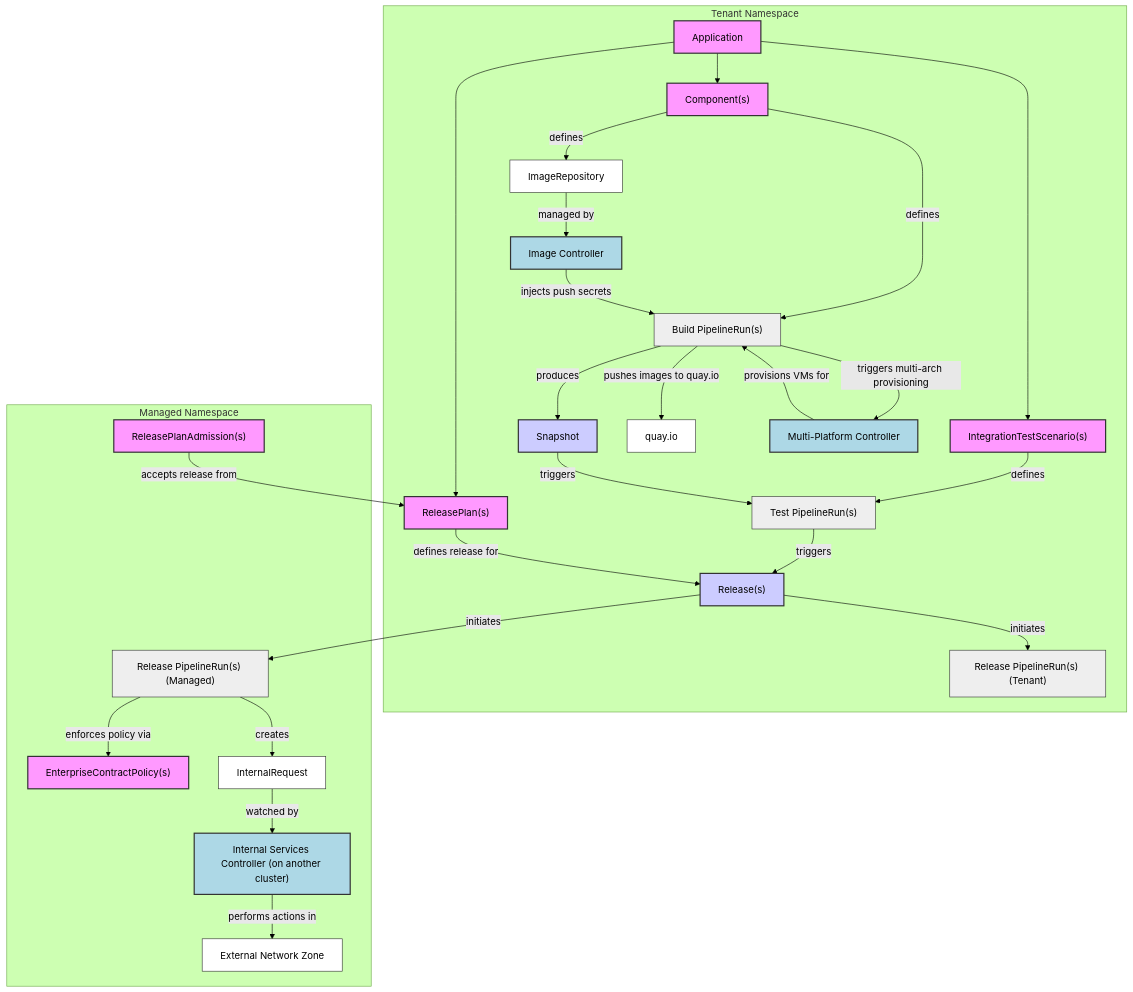
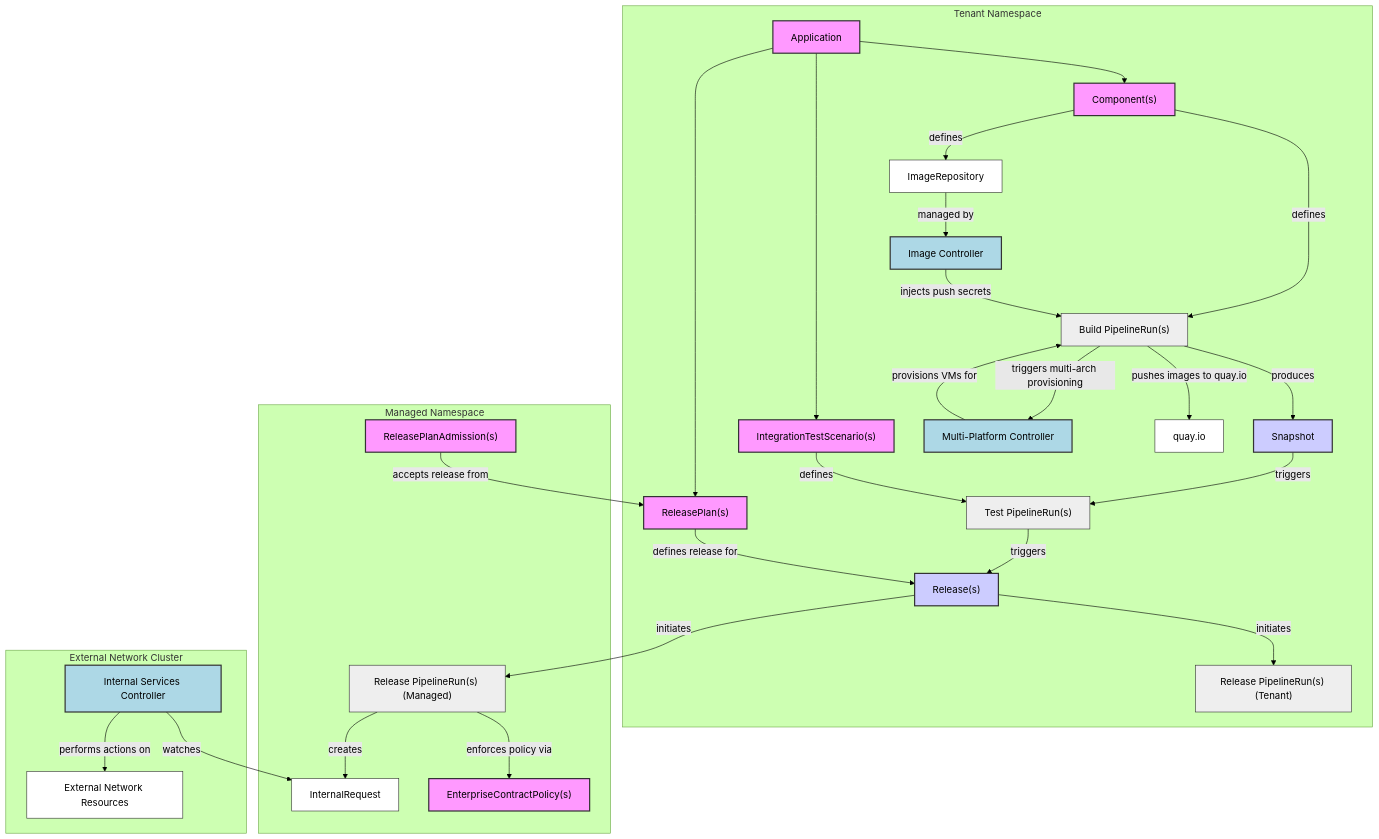
The first of 2 diagrams in architecture/add-ons/index.md (konflux-ci/architecture), drawn with Mermaid (forest theme) before and after one commit.

Commit message:
Move isc outside the managed namespace

````diff
--- a/architecture/add-ons/index.md
+++ b/architecture/add-ons/index.md
@@ -7,64 +7,68 @@
 ```mermaid
 graph TD
     subgraph tenant[Tenant Namespace]
         App[Application] --> Comp["Component(s)"]
         App --> ITS["IntegrationTestScenario(s)"]
         App --> RP["ReleasePlan(s)"]
 
         Comp -- defines --> BPR["Build PipelineRun(s)"]
         BPR -- produces --> Snap["Snapshot"]
         ITS -- defines --> TPR["Test PipelineRun(s)"]
         Snap -- triggers --> TPR
         TPR -- triggers --> Release["Release(s)"]
         RP -- defines release for --> Release
 
         Release -- initiates --> PR["Release PipelineRun(s) (Tenant)"]
         Comp -- defines --> IR["ImageRepository"]
         IR -- managed by --> IC["Image Controller"]
         IC -- injects push secrets --> BPR
         BPR -- pushes images to quay.io --> QIO["quay.io"]
         BPR -- triggers multi-arch provisioning --> MPC["Multi-Platform Controller"]
         MPC -- provisions VMs for --> BPR
     end
 
     subgraph managed[Managed Namespace]
         RPA["ReleasePlanAdmission(s)"]
         ECP["EnterpriseContractPolicy(s)"]
 
         Release -- initiates --> PRM["Release PipelineRun(s) (Managed)"]
         RPA -- accepts release from --> RP
         PRM -- enforces policy via --> ECP
         PRM -- creates --> IRR["InternalRequest"]
-        IRR -- watched by --> ISC["Internal Services Controller (on another cluster)"]
-        ISC -- performs actions in --> EXT["External Network Zone"]
+    end
+
+    subgraph external[External Network Cluster]
+        ISC["Internal Services Controller"]
+        ISC -- watches --> IRR
+        ISC -- performs actions on --> EXT["External Network Resources"]
     end
 
     style App fill:#f9f,stroke:#333,stroke-width:2px
     style Comp fill:#f9f,stroke:#333,stroke-width:2px
     style Snap fill:#ccf,stroke:#333,stroke-width:2px
     style ITS fill:#f9f,stroke:#333,stroke-width:2px
     style RP fill:#f9f,stroke:#333,stroke-width:2px
     style Release fill:#ccf,stroke:#333,stroke-width:2px
     style PR fill:#eee,stroke:#333,stroke-width:1px
     style PRM fill:#eee,stroke:#333,stroke-width:1px
     style BPR fill:#eee,stroke:#333,stroke-width:1px
     style TPR fill:#eee,stroke:#333,stroke-width:1px
     style RPA fill:#f9f,stroke:#333,stroke-width:2px
     style ECP fill:#f9f,stroke:#333,stroke-width:2px
     style IC fill:#add8e6,stroke:#333,stroke-width:2px
     style QIO fill:#fff,stroke:#333,stroke-width:1px
     style MPC fill:#add8e6,stroke:#333,stroke-width:2px
     style IR fill:#fff,stroke:#333,stroke-width:1px
     style IRR fill:#fff,stroke:#333,stroke-width:1px
     style ISC fill:#add8e6,stroke:#333,stroke-width:2px
     style EXT fill:#fff,stroke:#333,stroke-width:1px
 
     classDef controlPlane fill:#f9f,stroke:#333,stroke-width:2px;
     class App,Comp,ITS,RP,RPA,ECP,IC,MPC,ISC controlPlane;
 
     classDef dataPlane fill:#ccf,stroke:#333,stroke-width:2px;
     class Snap,Release dataPlane;
 
     classDef tekton fill:#eee,stroke:#333,stroke-width:1px;
     class PR,PRM,BPR,TPR tekton;
 ```
````
